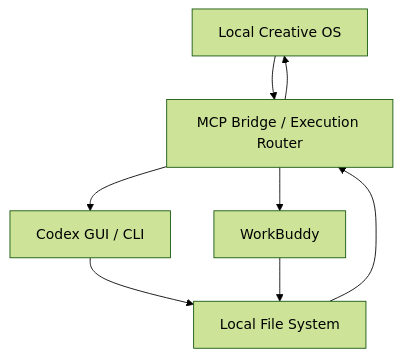
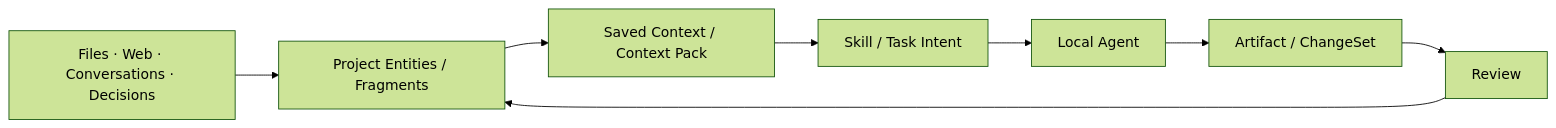
Before and after one commit to DZWFLi/LCOS-local-creativeOS: the fourth of 6 diagrams in README.md, drawn with Mermaid (forest theme). The commit also changed other lines of this file, not shown here.

````diff
--- a/README.md
+++ b/README.md
@@ -259,16 +228,11 @@
 ```mermaid
-flowchart TB
-    OS[Local Creative OS]
-    Bridge[MCP Bridge / Execution Router]
-    Codex[Codex GUI / CLI]
-    Buddy[WorkBuddy]
-    FS[Local File System]
-
-    OS --> Bridge
-    Bridge --> Codex
-    Bridge --> Buddy
-    Codex --> FS
-    Buddy --> FS
-    FS --> Bridge
-    Bridge --> OS
+flowchart LR
+    SRC[Files · Web · Conversations · Decisions]
+    --> OBJ[Project Entities / Fragments]
+    --> CTX[Saved Context / Context Pack]
+    --> SK[Skill / Task Intent]
+    --> AG[Local Agent]
+    --> OUT[Artifact / ChangeSet]
+    --> RV[Review]
+    --> OBJ
 ```
````
